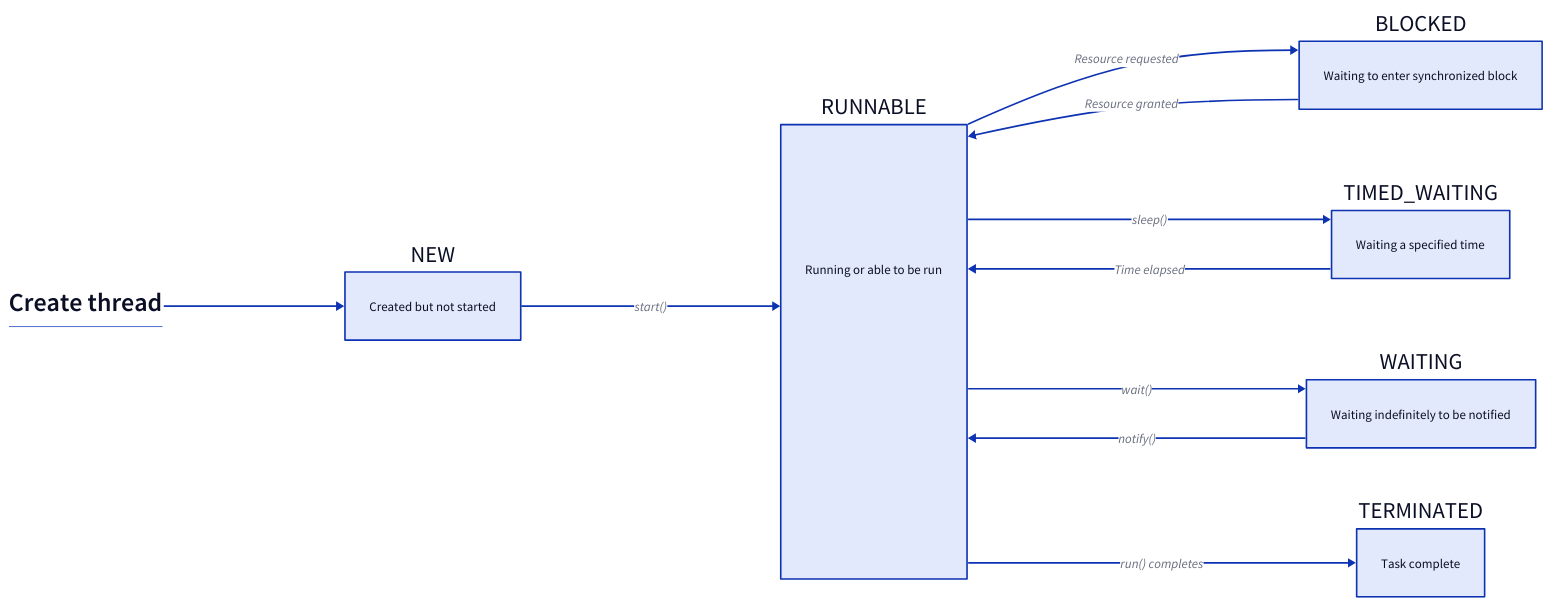
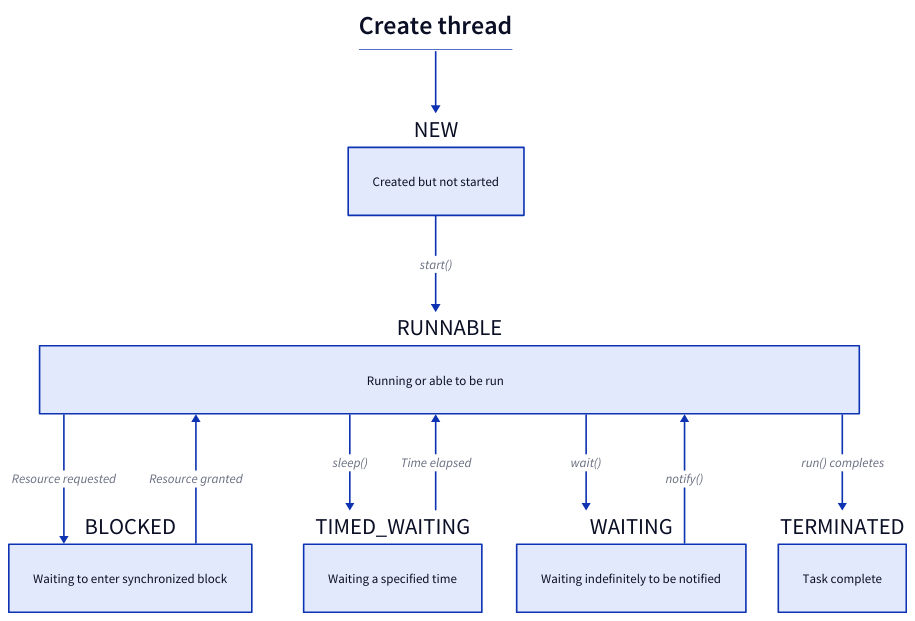
Before and after one commit to PtrZjc/reveal.js: the diagram in media/d2plots/2_thread_states.d2, drawn with D2.

Commit message:
Working on slides

```diff
--- a/media/d2plots/2_thread_states.d2
+++ b/media/d2plots/2_thread_states.d2
@@ -1,34 +1,34 @@
-direction: right
+# direction: right
 
 create: |md 
 # Create thread
 |
 
 NEW {
     a:|md Created but not started|
 }
 RUNNABLE {
     a:|md Running or able to be run|
 }
 BLOCKED {
     a:|md Waiting to enter synchronized block|
 }
 TIMED_WAITING {
     a:|md Waiting a specified time|
 }
 WAITING {
     a:|md Waiting indefinitely to be notified|
 }
 TERMINATED {
     a:|md Task complete|
 }
 
 create -> NEW
 NEW -> RUNNABLE: start()
 RUNNABLE -> BLOCKED: Resource requested
 BLOCKED -> RUNNABLE: Resource granted
 RUNNABLE -> WAITING: wait()
 WAITING -> RUNNABLE: notify()
 RUNNABLE -> TIMED_WAITING: sleep()
 TIMED_WAITING -> RUNNABLE: Time elapsed
 RUNNABLE -> TERMINATED: run() completes
```
